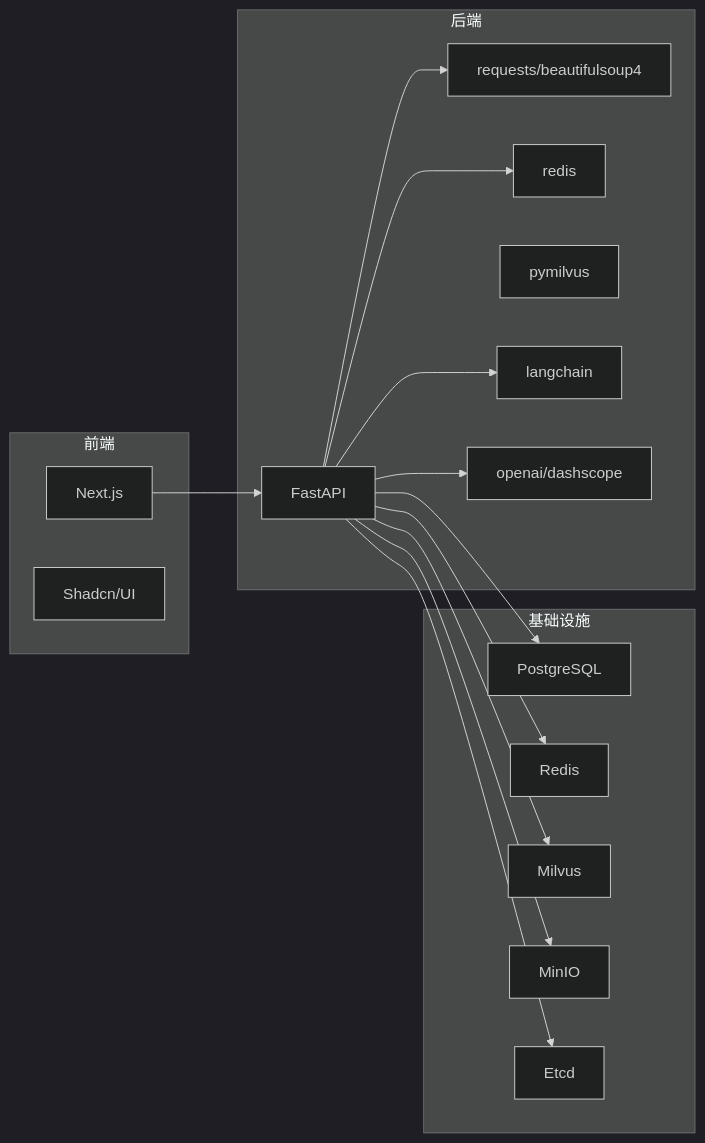
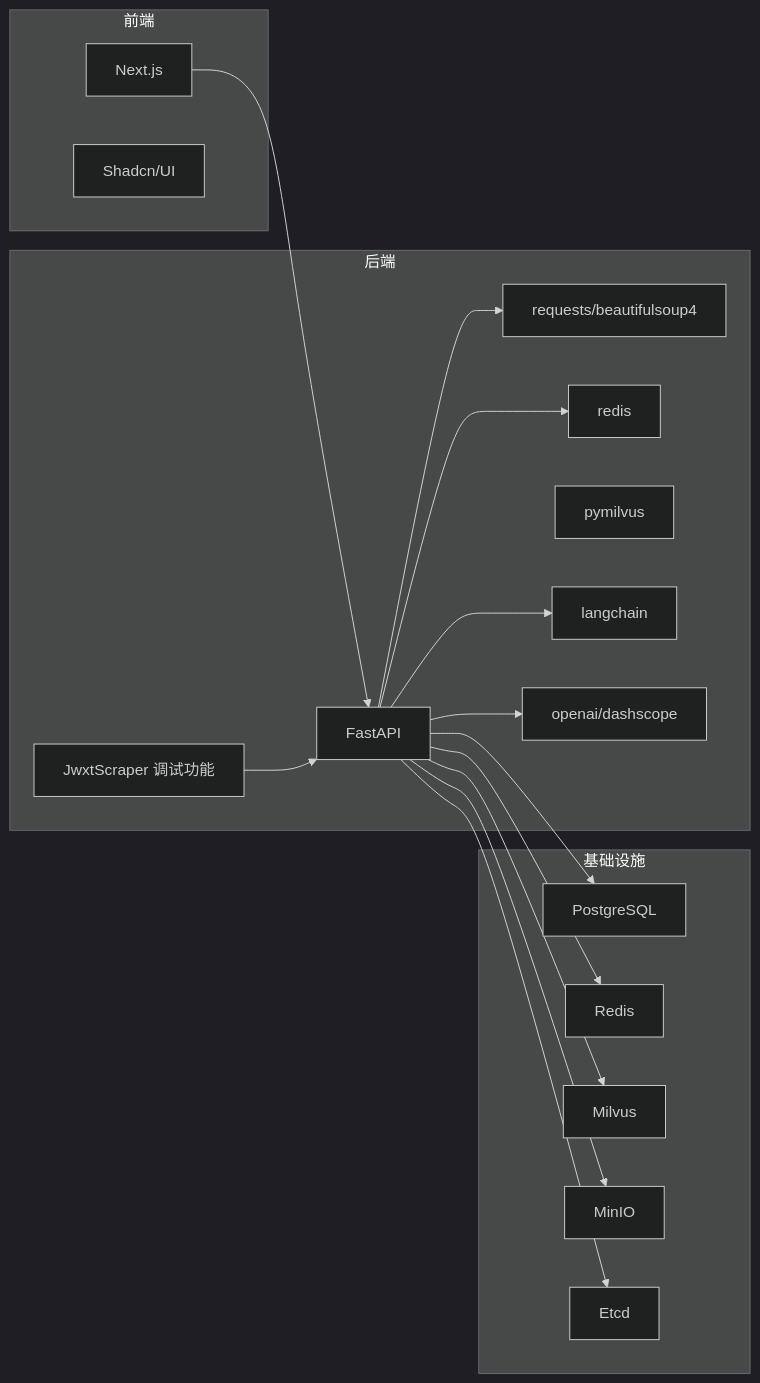
Before and after one commit to ghbbn053-ship-itsoulddog/soulddog: the sixth of 6 diagrams in .qoder/repowiki/zh/content/故障排除.md, drawn with Mermaid (dark theme). The commit also changed other lines of this file and 3 other files, not shown here.

````diff
--- a/.qoder/repowiki/zh/content/故障排除.md
+++ b/.qoder/repowiki/zh/content/故障排除.md
@@ -229,32 +239,34 @@
 ```mermaid
 graph LR
 subgraph "后端"
 F["FastAPI"]
 RQ["requests/beautifulsoup4"]
 RD["redis"]
 MV["pymilvus"]
 LC["langchain"]
 OA["openai/dashscope"]
+SCR["JwxtScraper 调试功能"]
 end
 subgraph "前端"
 NX["Next.js"]
 UI["Shadcn/UI"]
 end
 subgraph "基础设施"
 PG["PostgreSQL"]
 RS["Redis"]
 ML["Milvus"]
 MN["MinIO"]
 ET["Etcd"]
 end
 NX --> F
 F --> PG
 F --> RS
 F --> ML
 F --> MN
 F --> ET
 F --> RD
 F --> OA
 F --> LC
 F --> RQ
+SCR --> F
 ```
````
